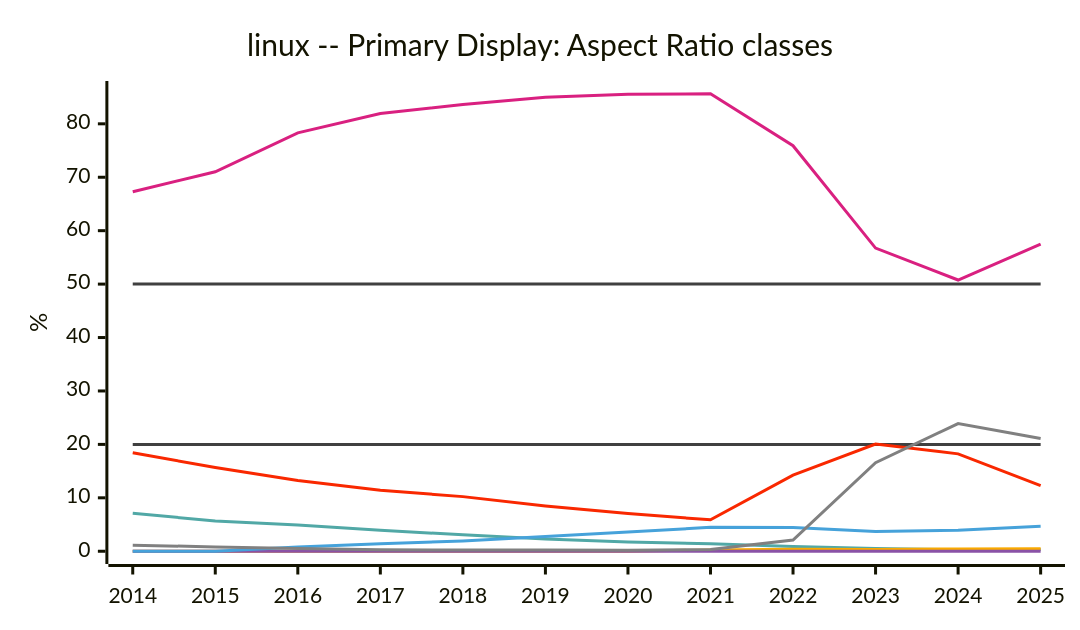
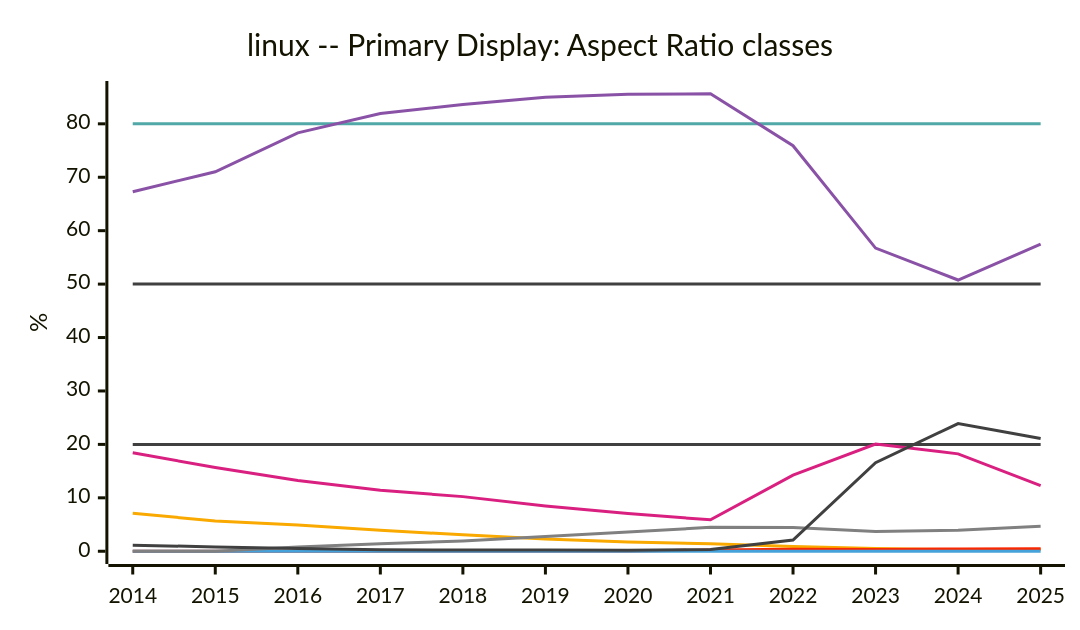
Before and after one commit to jdegene/steamHWsurvey: diagram 22 of 29 in README.md, drawn with Mermaid. The commit also changed other lines of this file and 1 other file, not shown here.

Commit message:
switched VR headset chart to monthly

````diff
--- a/README.md
+++ b/README.md
@@ -719,27 +721,28 @@
 ```mermaid
 ---
 config:
     xyChart:
         width: 700
         height: 400
         
     themeVariables:
         xyChart:
             plotColorPalette: "#404040,#404040,#51a8a6,#f9a900,#f92800,#d92080,#8a52a6,#46a2da,#808080"
 
 --- 
 
     xychart-beta
         title "linux -- Primary Display: Aspect Ratio classes"
         x-axis [2014, 2015, 2016, 2017, 2018, 2019, 2020, 2021, 2022, 2023, 2024, 2025]
     y-axis "%" 
  line [20, 20, 20, 20, 20, 20, 20, 20, 20, 20, 20, 20]
  line [50, 50, 50, 50, 50, 50, 50, 50, 50, 50, 50, 50]
+ line [80, 80, 80, 80, 80, 80, 80, 80, 80, 80, 80, 80]
     line [7.112222222222223, 5.660000000000001, 4.904444444444445, 3.936, 3.0725000000000002, 2.310833333333333, 1.728888888888889, 1.4133333333333333, 0.8725, 0.49499999999999994, 0.3066666666666667, 0.30833333333333335]
     line [0, 0, 0, 0, 0, 0, 0, 0.22999999999999998, 0.3885714285714285, 0.33249999999999996, 0.4291666666666667, 0.4633333333333333]
     line [18.425555555555555, 15.672222222222224, 13.25222222222222, 11.418, 10.223333333333334, 8.471666666666666, 7.055555555555555, 5.881666666666666, 14.26, 20.075, 18.22833333333333, 12.295833333333334]
     line [67.28999999999999, 71.01888888888888, 78.31333333333332, 81.91499999999999, 83.63666666666667, 84.96333333333334, 85.54555555555557, 85.62833333333334, 75.9075, 56.74, 50.76500000000001, 57.506666666666675]
     line [0, 0, 0, 0, 0, 0, 0, 0, 0, 0, 0, 0]
     line [0, 0, 0.8077777777777777, 1.4169999999999998, 1.9241666666666668, 2.7583333333333333, 3.604444444444445, 4.47, 4.4262500000000005, 3.7125, 3.9149999999999996, 4.701666666666667]
     line [1.127777777777778, 0.8177777777777777, 0.5022222222222222, 0.3, 0.22999999999999998, 0.22, 0.21, 0.3383333333333333, 2.09375, 16.575, 23.8975, 21.118333333333336]
 ``` 
````
